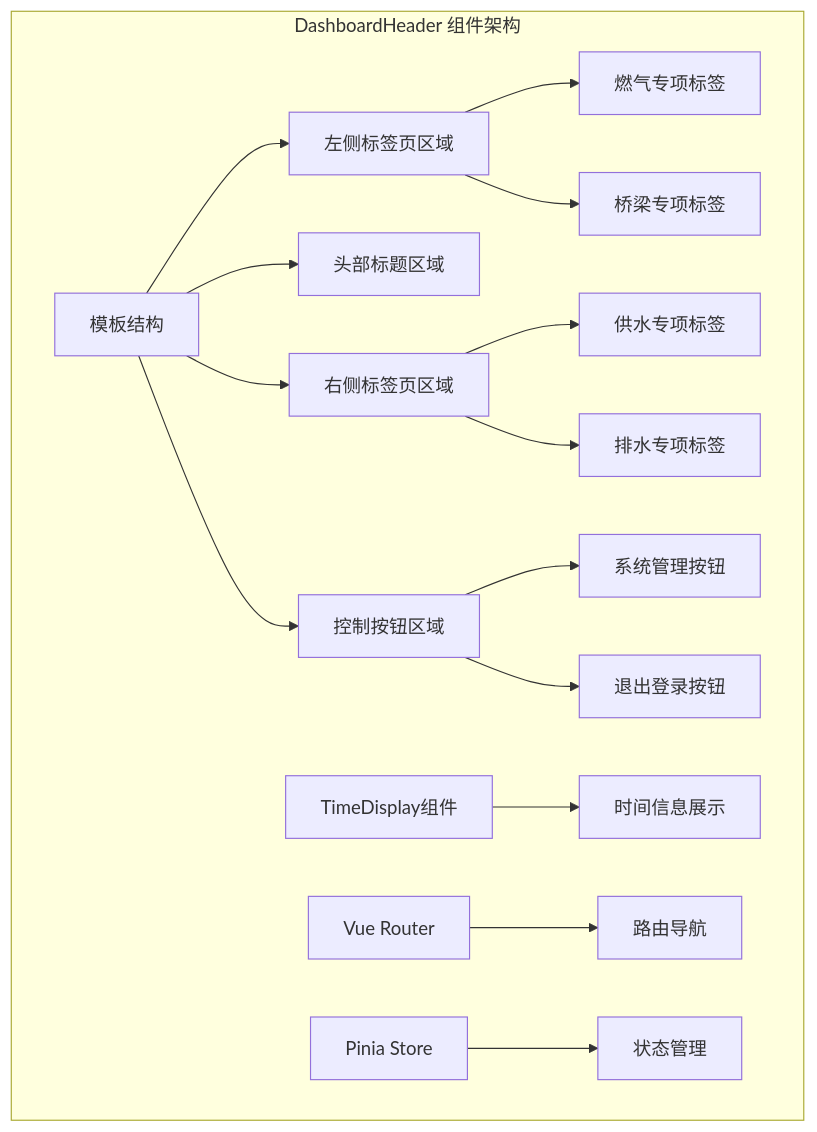
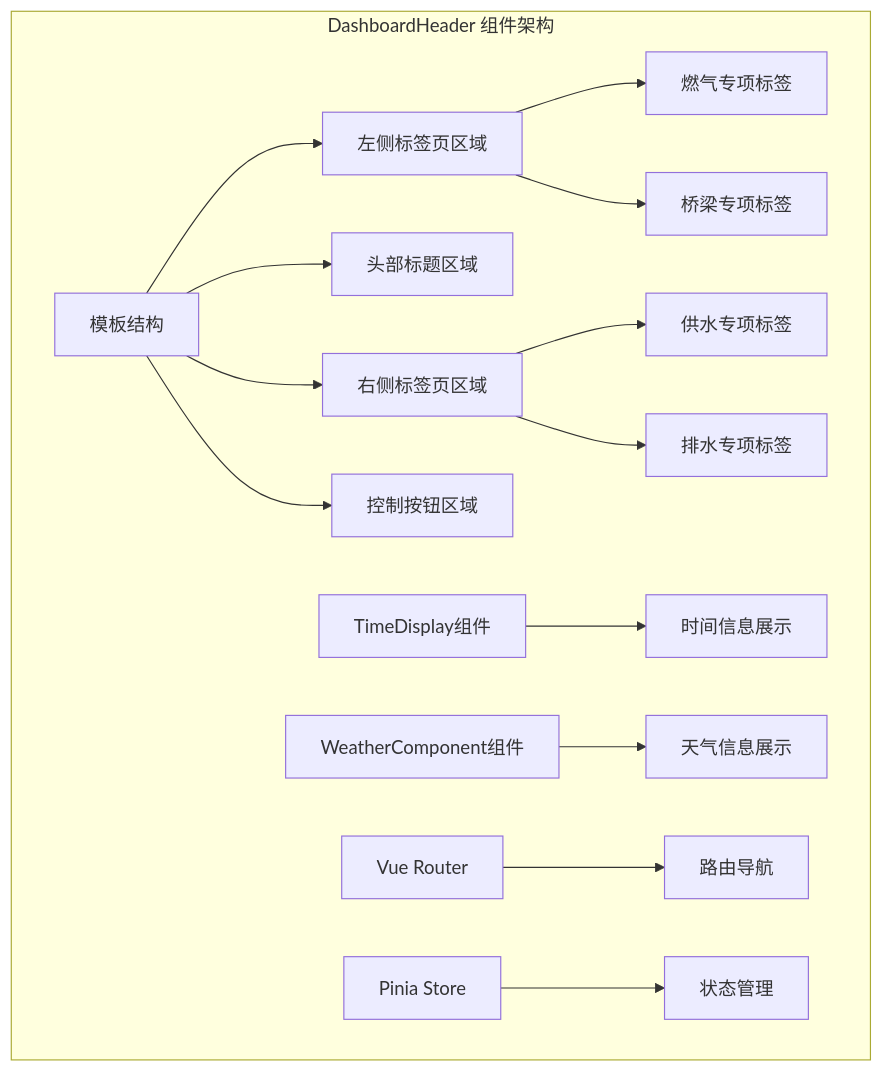
Before and after one commit to zhibo1997/government-dashboard: the first of 9 diagrams in .qoder/repowiki/zh/content/核心组件架构/仪表盘头部.md, drawn with Mermaid. The commit also changed other lines of this file and 28 other files, not shown here.

````diff
--- a/.qoder/repowiki/zh/content/核心组件架构/仪表盘头部.md
+++ b/.qoder/repowiki/zh/content/核心组件架构/仪表盘头部.md
@@ -33,18 +42,17 @@
 ```mermaid
 graph TB
 subgraph "DashboardHeader 组件架构"
 A[模板结构] --> B[左侧标签页区域]
 A --> C[头部标题区域]
 A --> D[右侧标签页区域]
 A --> E[控制按钮区域]
 B --> F[燃气专项标签]
 B --> G[桥梁专项标签]
 D --> H[供水专项标签]
 D --> I[排水专项标签]
-E --> J[系统管理按钮]
-E --> K[退出登录按钮]
-L[TimeDisplay组件] --> M[时间信息展示]
+J[TimeDisplay组件] --> K[时间信息展示]
+L[WeatherComponent组件] --> M[天气信息展示]
 N[Vue Router] --> O[路由导航]
 P[Pinia Store] --> Q[状态管理]
 end
 ```
````
